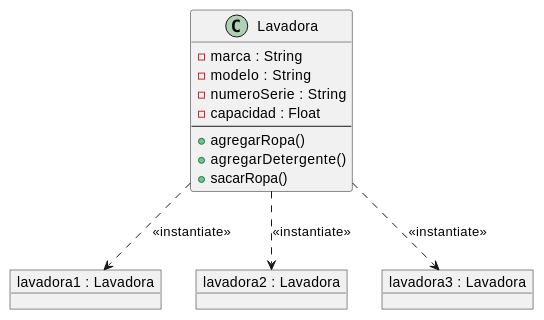
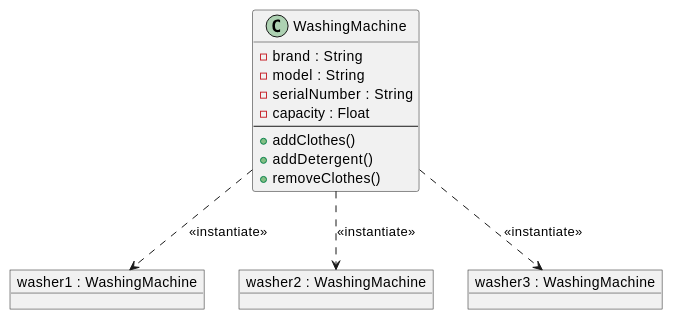
Before and after one commit to jcg-admin/IACT-docs: the first of 2 diagrams in source/base-cognitiva/_uml/uml-02-orientacion-objetos/cual-es-la-diferencia-entre-categorias-y-fabricacion.rst, drawn with PlantUML. The commit also changed other lines of this file and 16 other files, not shown here.

```diff
--- a/source/base-cognitiva/_uml/uml-02-orientacion-objetos/cual-es-la-diferencia-entre-categorias-y-fabricacion.rst
+++ b/source/base-cognitiva/_uml/uml-02-orientacion-objetos/cual-es-la-diferencia-entre-categorias-y-fabricacion.rst
@@ -17,23 +17,23 @@
 .. uml::
 
    @startuml
 
-   class Lavadora {
-     - marca : String
-     - modelo : String
-     - numeroSerie : String
-     - capacidad : Float
+   class WashingMachine {
+     - brand : String
+     - model : String
+     - serialNumber : String
+     - capacity : Float
      --
-     + agregarRopa()
-     + agregarDetergente()
-     + sacarRopa()
+     + addClothes()
+     + addDetergent()
+     + removeClothes()
    }
 
-   object "lavadora1 : Lavadora" as l1
-   object "lavadora2 : Lavadora" as l2
-   object "lavadora3 : Lavadora" as l3
+   object "washer1 : WashingMachine" as l1
+   object "washer2 : WashingMachine" as l2
+   object "washer3 : WashingMachine" as l3
 
-   Lavadora ..> l1 : <<instantiate>>
-   Lavadora ..> l2 : <<instantiate>>
-   Lavadora ..> l3 : <<instantiate>>
+   WashingMachine ..> l1 : <<instantiate>>
+   WashingMachine ..> l2 : <<instantiate>>
+   WashingMachine ..> l3 : <<instantiate>>
    @enduml
```
